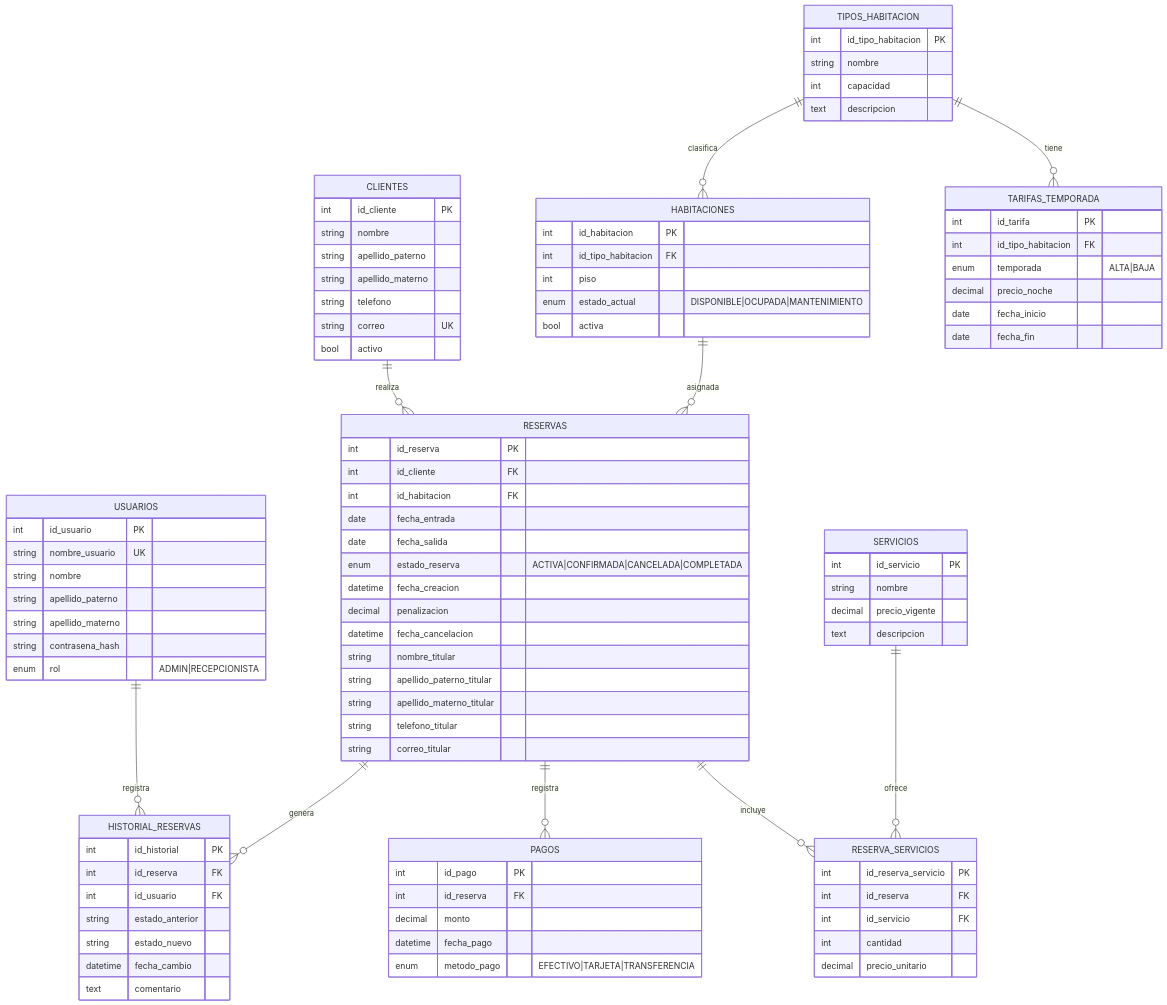
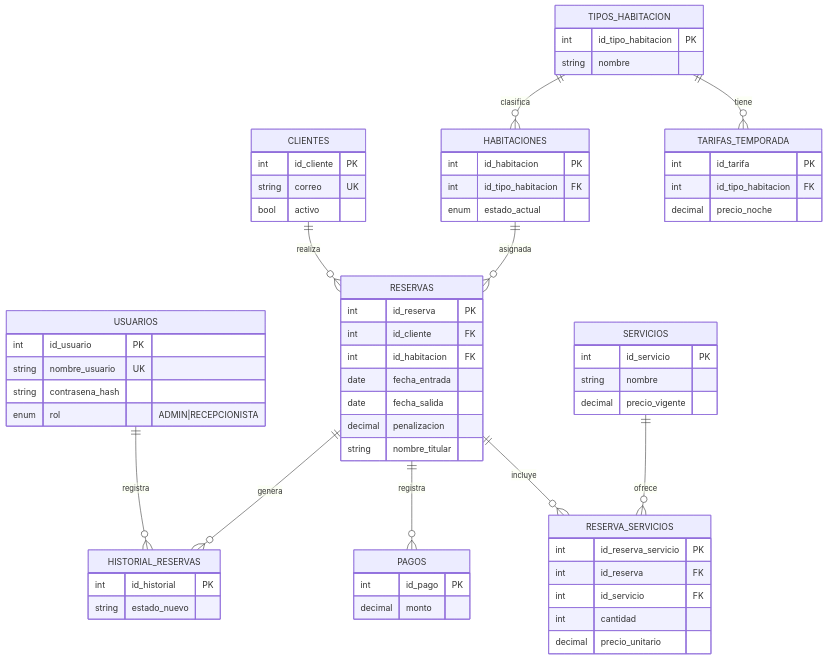
The first of 2 diagrams in ER.md (angel-monterrosas/DataBase_Proyect), drawn with Mermaid before and after one commit. The commit also changed other lines of this file, not shown here.

```diff
--- a/ER.md
+++ b/ER.md
@@ -67,18 +57,11 @@
     USUARIOS {
         int id_usuario PK
         string nombre_usuario UK
-        string nombre
-        string apellido_paterno
-        string apellido_materno
         string contrasena_hash
         enum rol "ADMIN|RECEPCIONISTA"
     }
     CLIENTES {
         int id_cliente PK
-        string nombre
-        string apellido_paterno
-        string apellido_materno
-        string telefono
         string correo UK
         bool activo
     }
@@ -88,42 +71,27 @@
         int id_habitacion FK
         date fecha_entrada
         date fecha_salida
-        enum estado_reserva "ACTIVA|CONFIRMADA|CANCELADA|COMPLETADA"
-        datetime fecha_creacion
         decimal penalizacion
-        datetime fecha_cancelacion
         string nombre_titular
-        string apellido_paterno_titular
-        string apellido_materno_titular
-        string telefono_titular
-        string correo_titular
     }
     TIPOS_HABITACION {
         int id_tipo_habitacion PK
         string nombre
-        int capacidad
-        text descripcion
     }
     TARIFAS_TEMPORADA {
         int id_tarifa PK
         int id_tipo_habitacion FK
-        enum temporada "ALTA|BAJA"
         decimal precio_noche
-        date fecha_inicio
-        date fecha_fin
     }
     HABITACIONES {
         int id_habitacion PK
         int id_tipo_habitacion FK
-        int piso
-        enum estado_actual "DISPONIBLE|OCUPADA|MANTENIMIENTO"
-        bool activa
+        enum estado_actual
     }
     SERVICIOS {
         int id_servicio PK
         string nombre
         decimal precio_vigente
-        text descripcion
     }
     RESERVA_SERVICIOS {
         int id_reserva_servicio PK
@@ -134,19 +102,11 @@
     }
     PAGOS {
         int id_pago PK
-        int id_reserva FK
         decimal monto
-        datetime fecha_pago
-        enum metodo_pago "EFECTIVO|TARJETA|TRANSFERENCIA"
     }
     HISTORIAL_RESERVAS {
         int id_historial PK
-        int id_reserva FK
-        int id_usuario FK
-        string estado_anterior
         string estado_nuevo
-        datetime fecha_cambio
-        text comentario
     }
 
     USUARIOS ||--o{ HISTORIAL_RESERVAS : "registra"
```
